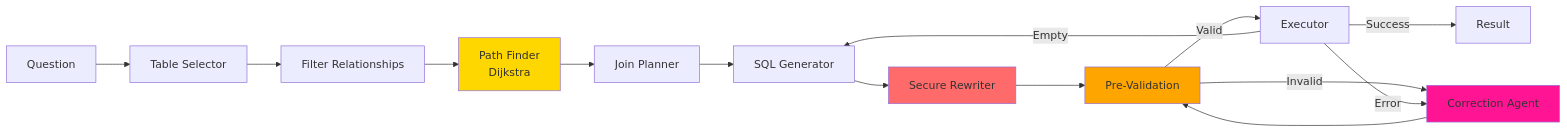
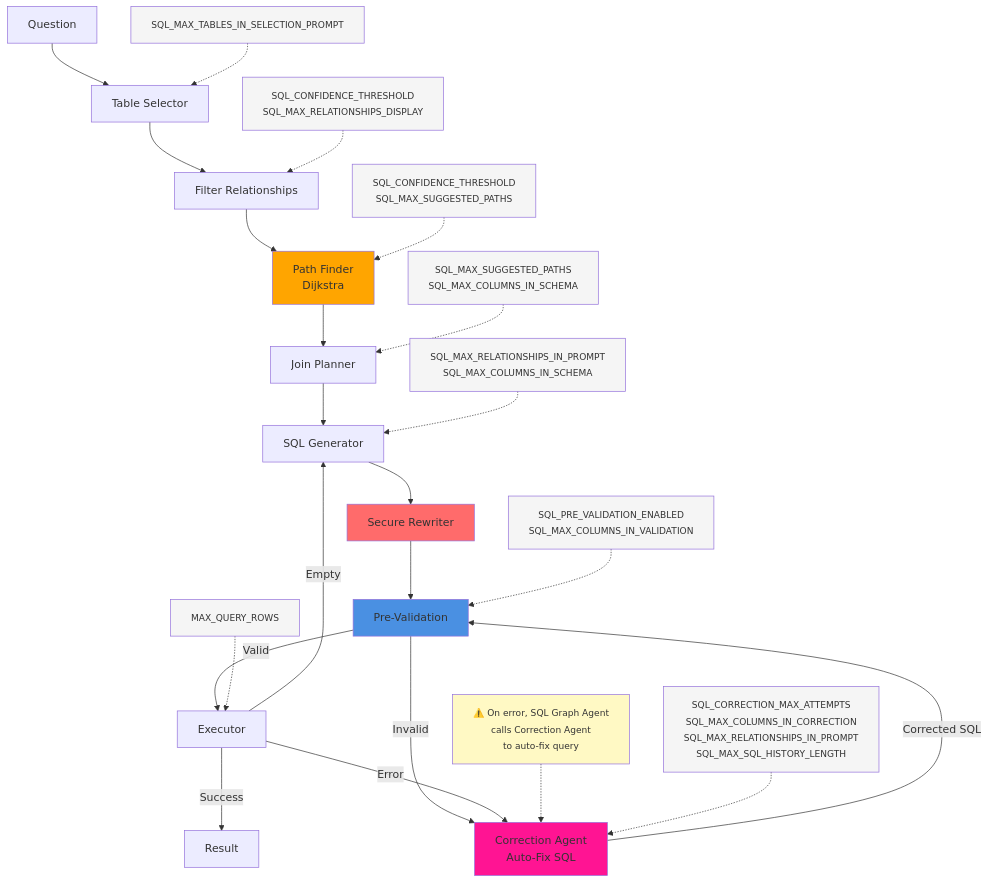
Before and after one commit to sandinosaso/advanced-ai-agent: the fourth of 12 diagrams in docs/ARCHITECTURE.md, drawn with Mermaid. The commit also changed other lines of this file and 114 other files, not shown here.

````diff
--- a/docs/ARCHITECTURE.md
+++ b/docs/ARCHITECTURE.md
@@ -81,21 +141,41 @@
 ```mermaid
-graph LR
+graph TB
     A[Question] --> B[Table Selector]
     B --> C[Filter Relationships]
     C --> D[Path Finder<br/>Dijkstra]
     D --> E[Join Planner]
     E --> F[SQL Generator]
     F --> G[Secure Rewriter]
     G --> H[Pre-Validation]
     H -->|Valid| I[Executor]
-    H -->|Invalid| J[Correction Agent]
-    J --> H
+    H -->|Invalid| J[Correction Agent<br/>Auto-Fix SQL]
+    J -->|Corrected SQL| H
     I -->|Success| K[Result]
     I -->|Error| J
     I -->|Empty| F
     
-    style D fill:#FFD700
+    note1["<small>⚠️ On error, SQL Graph Agent<br/>calls Correction Agent<br/>to auto-fix query</small>"] -.-> J
+    
+    B2["<small>SQL_MAX_TABLES_IN_SELECTION_PROMPT</small>"] -.-> B
+    C2["<small>SQL_CONFIDENCE_THRESHOLD<br/>SQL_MAX_RELATIONSHIPS_DISPLAY</small>"] -.-> C
+    D2["<small>SQL_CONFIDENCE_THRESHOLD<br/>SQL_MAX_SUGGESTED_PATHS</small>"] -.-> D
+    E2["<small>SQL_MAX_SUGGESTED_PATHS<br/>SQL_MAX_COLUMNS_IN_SCHEMA</small>"] -.-> E
+    F2["<small>SQL_MAX_RELATIONSHIPS_IN_PROMPT<br/>SQL_MAX_COLUMNS_IN_SCHEMA</small>"] -.-> F
+    H2["<small>SQL_PRE_VALIDATION_ENABLED<br/>SQL_MAX_COLUMNS_IN_VALIDATION</small>"] -.-> H
+    I2["<small>MAX_QUERY_ROWS</small>"] -.-> I
+    J2["<small>SQL_CORRECTION_MAX_ATTEMPTS<br/>SQL_MAX_COLUMNS_IN_CORRECTION<br/>SQL_MAX_RELATIONSHIPS_IN_PROMPT<br/>SQL_MAX_SQL_HISTORY_LENGTH</small>"] -.-> J
+    
+    style D fill:#FFA500
     style G fill:#FF6B6B
-    style H fill:#FFA500
+    style H fill:#4A90E2
     style J fill:#FF1493
+    style B2 fill:#F5F5F5
+    style C2 fill:#F5F5F5
+    style D2 fill:#F5F5F5
+    style E2 fill:#F5F5F5
+    style F2 fill:#F5F5F5
+    style H2 fill:#F5F5F5
+    style I2 fill:#F5F5F5
+    style J2 fill:#F5F5F5
+    style note1 fill:#FFF9C4
 ```
````
